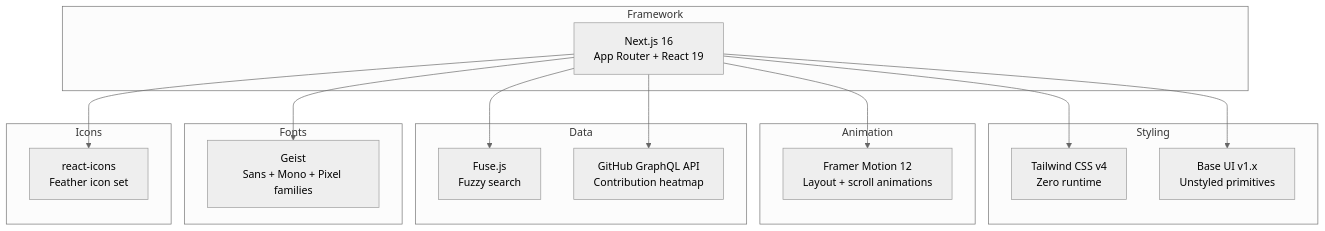
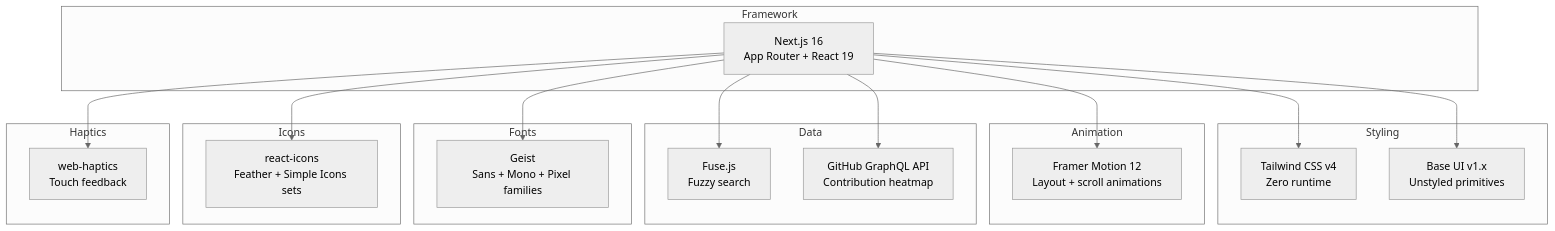
Before and after one commit to hoangngo-sudo/portfolio: the second of 2 diagrams in README.md, drawn with Mermaid (neutral theme). The commit also changed other lines of this file, not shown here.

````diff
--- a/README.md
+++ b/README.md
@@ -44,36 +46,41 @@
 ```mermaid
 graph TD
     subgraph Framework
         NEXT["Next.js 16<br/>App Router + React 19"]
     end
 
     subgraph Styling
         TW["Tailwind CSS v4<br/>Zero runtime"]
         BASEUI["Base UI v1.x<br/>Unstyled primitives"]
     end
 
     subgraph Animation
         FM["Framer Motion 12<br/>Layout + scroll animations"]
     end
 
     subgraph Data
         FUSE["Fuse.js<br/>Fuzzy search"]
         GHAPI["GitHub GraphQL API<br/>Contribution heatmap"]
     end
 
     subgraph Fonts
         GEIST["Geist<br/>Sans + Mono + Pixel families"]
     end
 
     subgraph Icons
-        RI["react-icons<br/>Feather icon set"]
+        RI["react-icons<br/>Feather + Simple Icons sets"]
+    end
+
+    subgraph Haptics
+        WH["web-haptics<br/>Touch feedback"]
     end
 
     NEXT --> TW
     NEXT --> BASEUI
     NEXT --> FM
     NEXT --> FUSE
     NEXT --> GHAPI
     NEXT --> GEIST
     NEXT --> RI
+    NEXT --> WH
 ```
````
